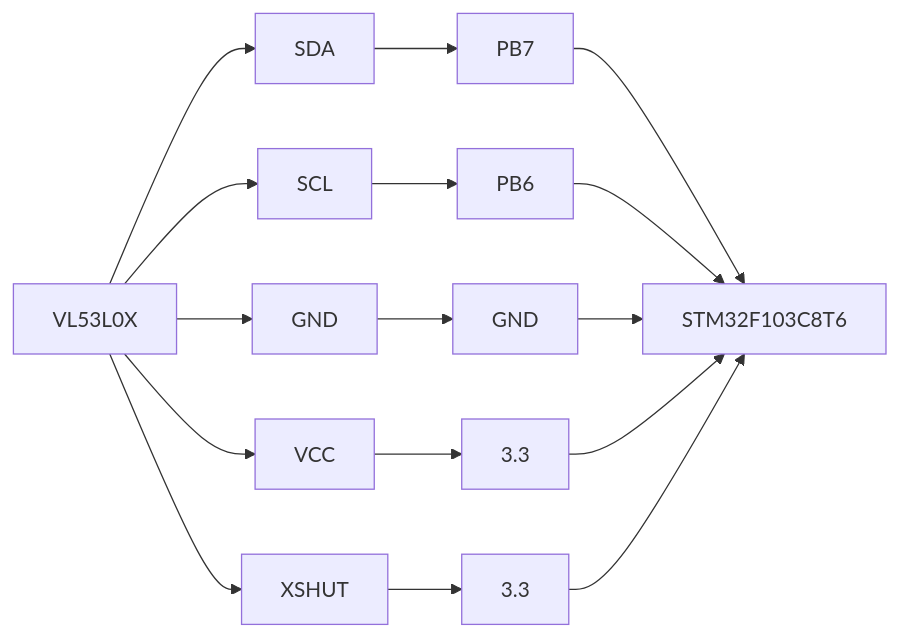
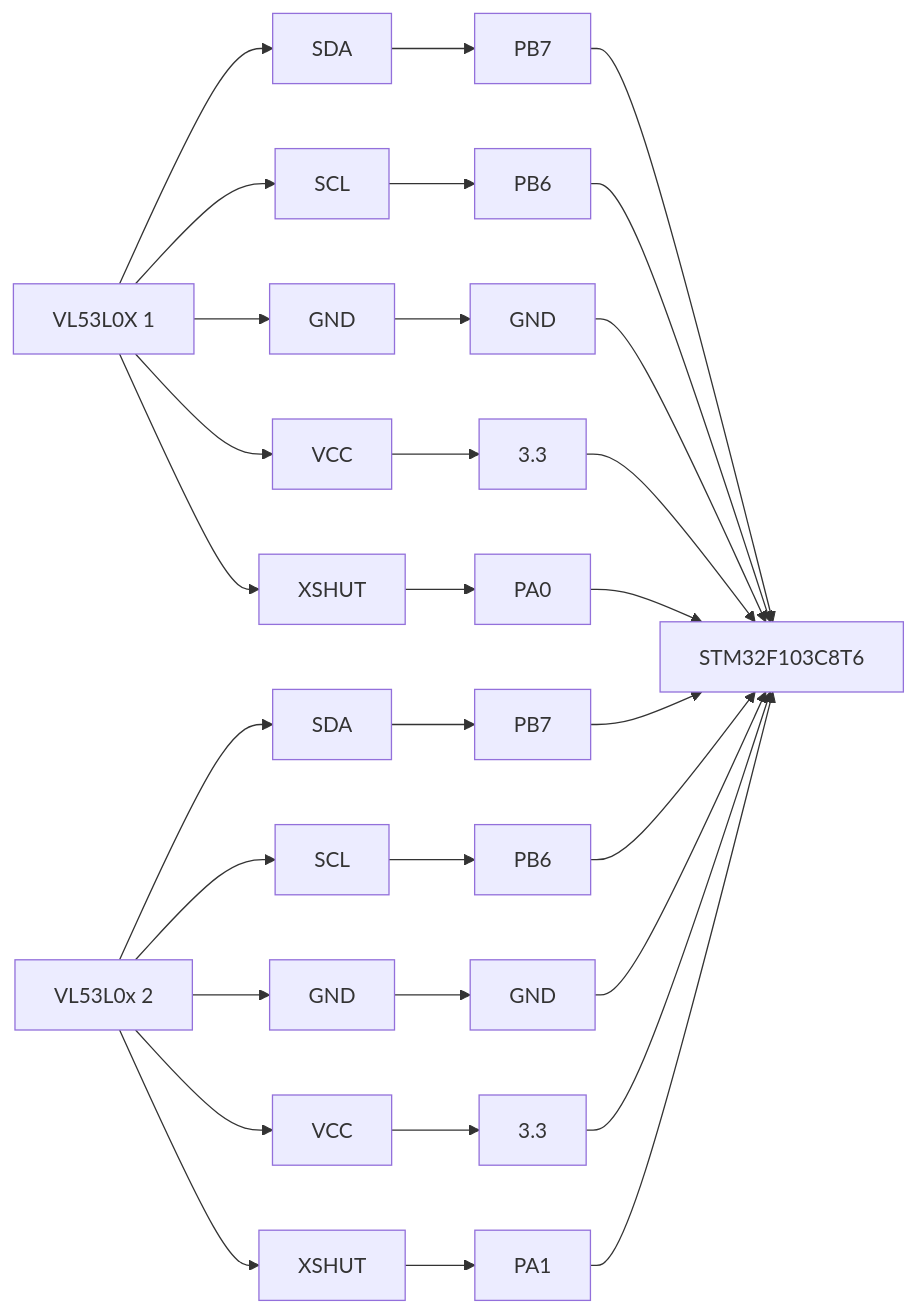
One commit to Lipolly/testeV3lox changed the diagram in README.md. Above: the diagram before and after it, drawn with Mermaid.

````diff
--- a/README.md
+++ b/README.md
@@ -4,23 +4,43 @@
 ```mermaid
    graph LR
 
-  A[VL53L0X]; 
+  A[VL53L0X 1];
+  M[VL53L0x 2];
   B[STM32F103C8T6];
+  
   A --> C[SDA];
   A --> D[SCL];
   A --> E[GND];
   A --> F[VCC];
   A --> G[XSHUT];
   
+  M --> N[SDA];
+  M --> O[SCL];
+  M --> P[GND];
+  M --> Q[VCC];
+  M --> R[XSHUT];
+  
   C --> H[PB7];
   D --> I[PB6];
   E --> J[GND];
   F --> K[3.3];
-  G --> L[3.3];
+  G --> L[PA0];
+  
+  N--> S[PB7];
+  O--> T[PB6];
+  P--> U[GND];
+  Q--> V[3.3];
+  R--> W[PA1];
   
   H --> B;
   I --> B;
   J --> B;
   K --> B;
   L --> B;
+  
+  S --> B;
+  T --> B;
+  U --> B;
+  V --> B;
+  W --> B;
 ```
````
